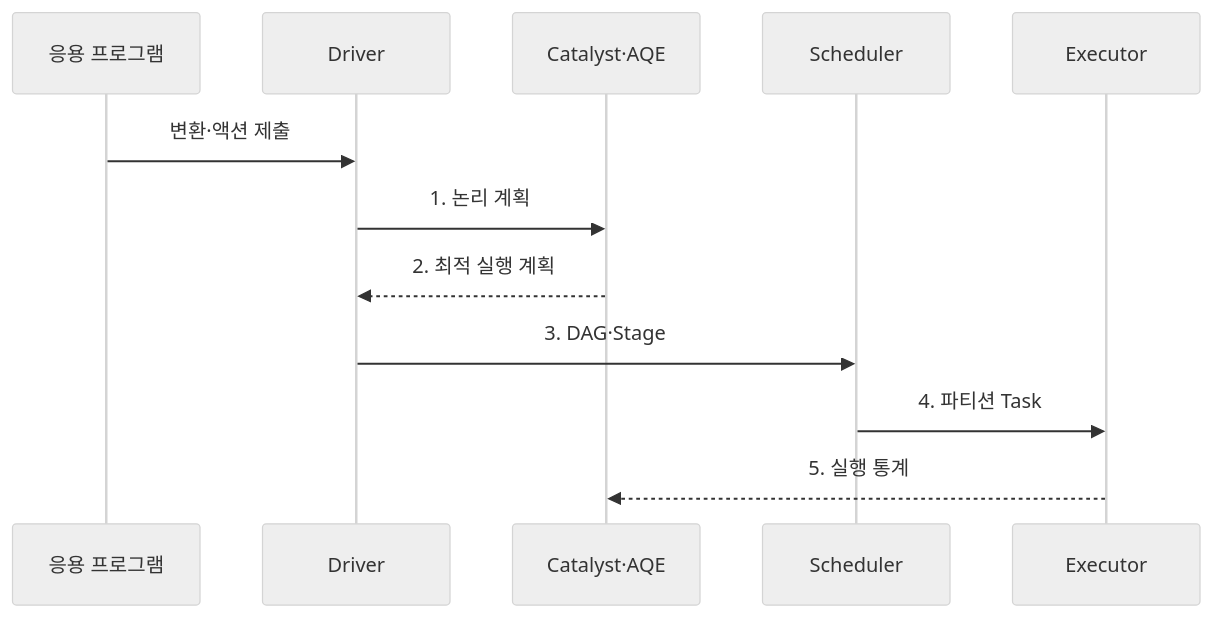
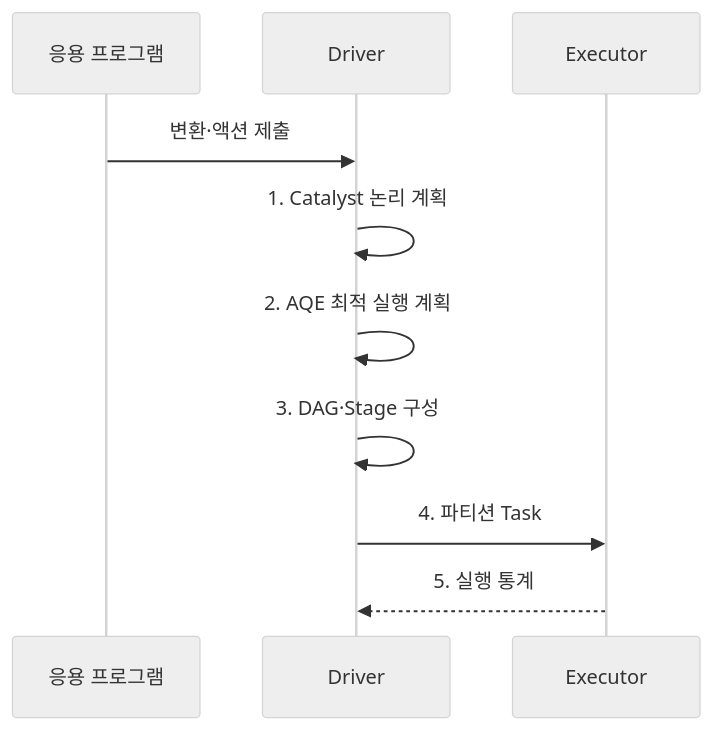
The second of 2 diagrams in src/content/docs/notes/03-software/117_apache_spark.md (agnusdei1207/knowledge-base), drawn with Mermaid (neutral theme) before and after one commit. The commit also changed other lines of this file and 5 other files, not shown here.

Commit message:
Focus data platform diagrams

````diff
--- a/src/content/docs/notes/03-software/117_apache_spark.md
+++ b/src/content/docs/notes/03-software/117_apache_spark.md
@@ -97,14 +97,12 @@
 ```mermaid
 sequenceDiagram
     participant U as 응용 프로그램
     participant D as Driver
-    participant C as Catalyst·AQE
-    participant S as Scheduler
     participant E as Executor
     U->>D: 변환·액션 제출
-    D->>C: 1. 논리 계획
-    C-->>D: 2. 최적 실행 계획
-    D->>S: 3. DAG·Stage
-    S->>E: 4. 파티션 Task
-    E-->>C: 5. 실행 통계
+    D->>D: 1. Catalyst 논리 계획
+    D->>D: 2. AQE 최적 실행 계획
+    D->>D: 3. DAG·Stage 구성
+    D->>E: 4. 파티션 Task
+    E-->>D: 5. 실행 통계
 ```
````
